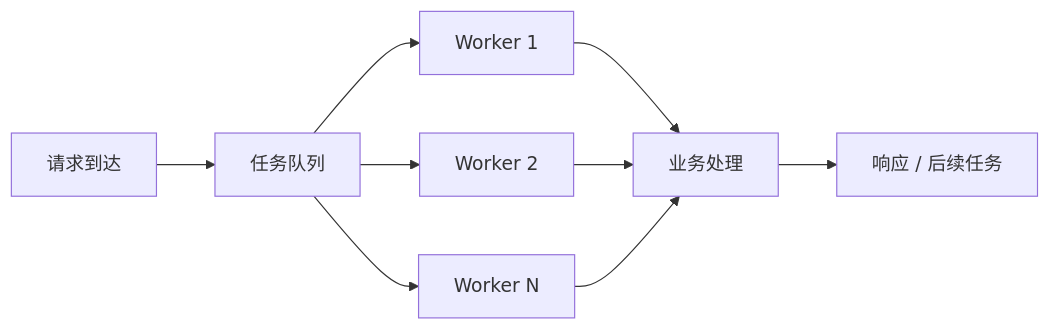
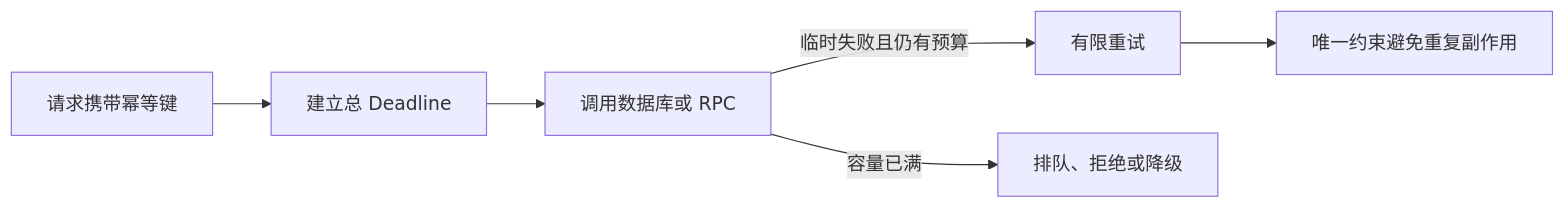
Before and after one commit to Fizgrad/fizgrad.github.io: the second of 11 diagrams in blog/cpp_backend.md, drawn with Mermaid. The commit also changed other lines of this file and 1 other file, not shown here.

````diff
--- a/blog/cpp_backend.md
+++ b/blog/cpp_backend.md
@@ -956,11 +165,8 @@
 ```mermaid
 flowchart LR
-    A["请求到达"] --> B["任务队列"]
-    B --> C1["Worker 1"]
-    B --> C2["Worker 2"]
-    B --> C3["Worker N"]
-    C1 --> D["业务处理"]
-    C2 --> D
-    C3 --> D
-    D --> E["响应 / 后续任务"]
+    REQUEST["请求携带幂等键"] --> DEADLINE["建立总 Deadline"]
+    DEADLINE --> CALL["调用数据库或 RPC"]
+    CALL -->|"临时失败且仍有预算"| RETRY["有限重试"]
+    CALL -->|"容量已满"| BACKPRESSURE["排队、拒绝或降级"]
+    RETRY --> IDEMPOTENCY["唯一约束避免重复副作用"]
 ```
````
